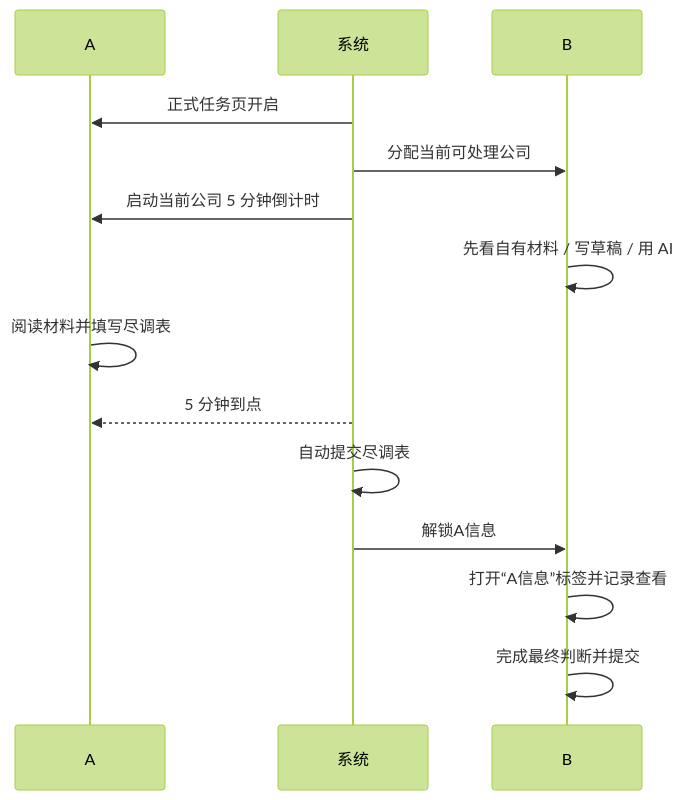
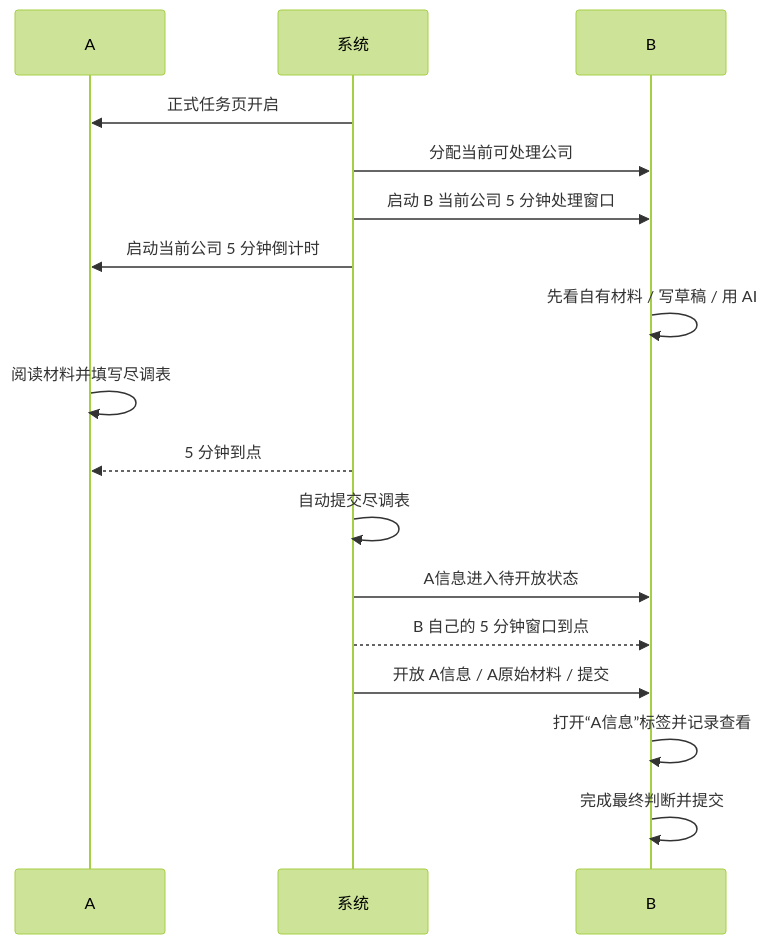
The third of 4 diagrams in 02_specs/00_overview/APP_FLOW.md (yezhouyedu/multicooperation), drawn with Mermaid (forest theme) before and after one commit. The commit also changed other lines of this file and 12 other files, not shown here.

````diff
--- a/02_specs/00_overview/APP_FLOW.md
+++ b/02_specs/00_overview/APP_FLOW.md
@@ -223,16 +228,19 @@
 ```mermaid
 sequenceDiagram
     participant D as A
     participant S as 系统
     participant I as B
     S->>D: 正式任务页开启
     S->>I: 分配当前可处理公司
+    S->>I: 启动 B 当前公司 5 分钟处理窗口
     S->>D: 启动当前公司 5 分钟倒计时
     I->>I: 先看自有材料 / 写草稿 / 用 AI
     D->>D: 阅读材料并填写尽调表
     S-->>D: 5 分钟到点
     S->>S: 自动提交尽调表
-    S->>I: 解锁A信息
+    S->>I: A信息进入待开放状态
+    S-->>I: B 自己的 5 分钟窗口到点
+    S->>I: 开放 A信息 / A原始材料 / 提交
     I->>I: 打开“A信息”标签并记录查看
     I->>I: 完成最终判断并提交
 ```
````
